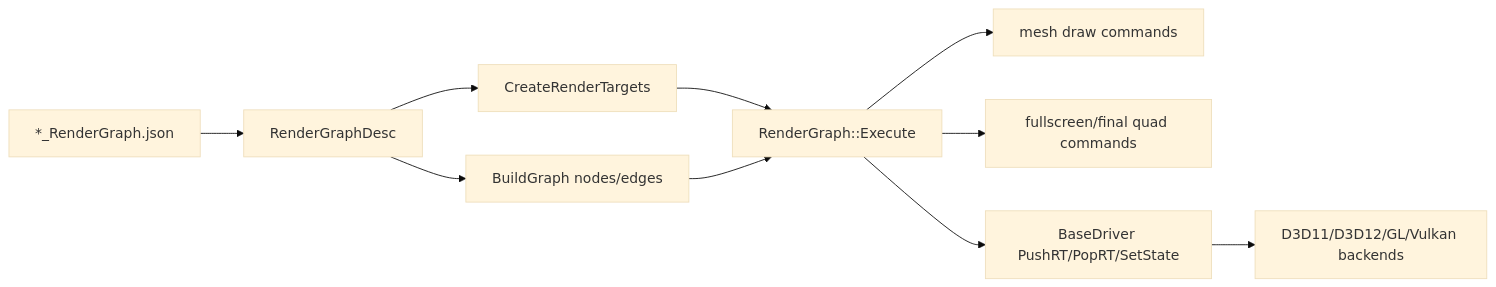
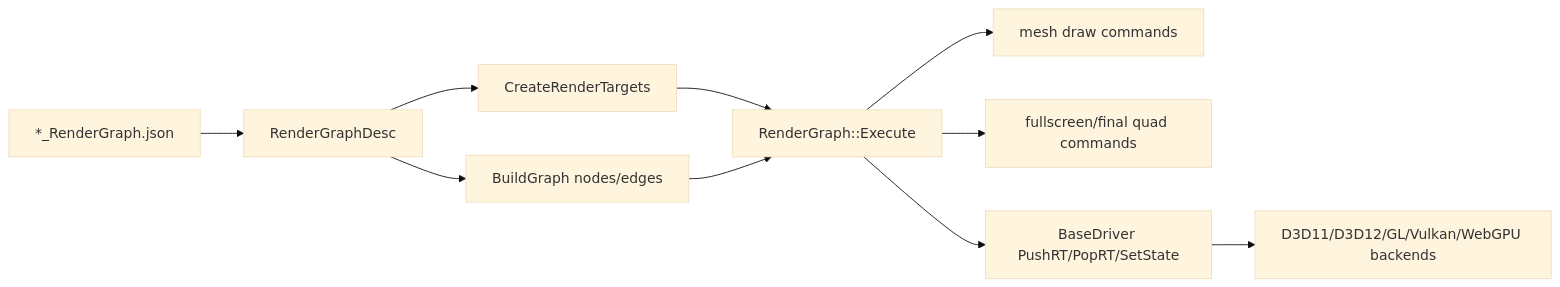
The first of 5 diagrams in documentation/rendering/render-graph.md (0Camus0/T850), drawn with Mermaid (base theme) before and after one commit. The commit also changed other lines of this file and 92 other files, not shown here.

````diff
--- a/documentation/rendering/render-graph.md
+++ b/documentation/rendering/render-graph.md
@@ -20,12 +20,12 @@
 ```mermaid
 flowchart LR
   JSON["*_RenderGraph.json"] --> Desc["RenderGraphDesc"]
   Desc --> RTs["CreateRenderTargets"]
   Desc --> DAG["BuildGraph nodes/edges"]
   RTs --> Execute["RenderGraph::Execute"]
   DAG --> Execute
   Execute --> Mesh["mesh draw commands"]
   Execute --> Quad["fullscreen/final quad commands"]
   Execute --> Driver["BaseDriver PushRT/PopRT/SetState"]
-  Driver --> API["D3D11/D3D12/GL/Vulkan backends"]
+  Driver --> API["D3D11/D3D12/GL/Vulkan/WebGPU backends"]
 ```
````
